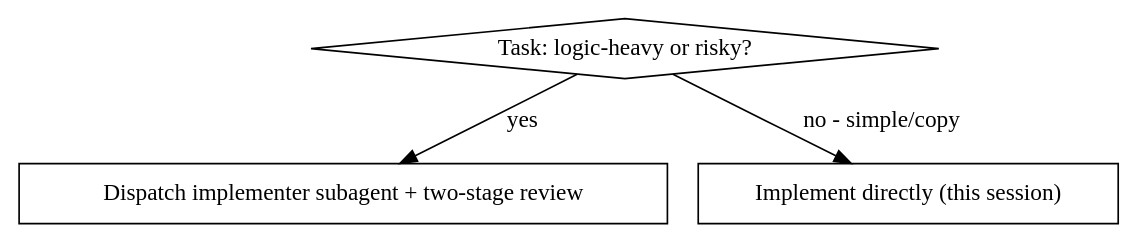
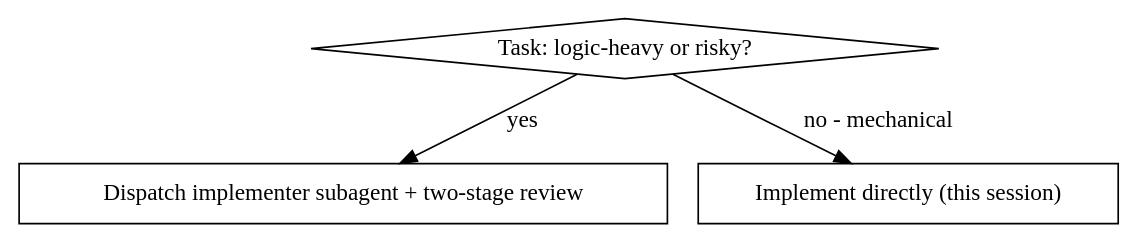
Before and after one commit to duongnghia222/code-distilling: the first of 2 diagrams in skills/distillation-implementation/SKILL.md, drawn with Graphviz. The commit also changed other lines of this file and 12 other files, not shown here.

````diff
--- a/skills/distillation-implementation/SKILL.md
+++ b/skills/distillation-implementation/SKILL.md
@@ -20,10 +20,10 @@
 ```dot
 digraph when {
     "Task: logic-heavy or risky?" [shape=diamond];
     "Dispatch implementer subagent + two-stage review" [shape=box];
     "Implement directly (this session)" [shape=box];
 
     "Task: logic-heavy or risky?" -> "Dispatch implementer subagent + two-stage review" [label="yes"];
-    "Task: logic-heavy or risky?" -> "Implement directly (this session)" [label="no - simple/copy"];
+    "Task: logic-heavy or risky?" -> "Implement directly (this session)" [label="no - mechanical"];
 }
 ```
````
